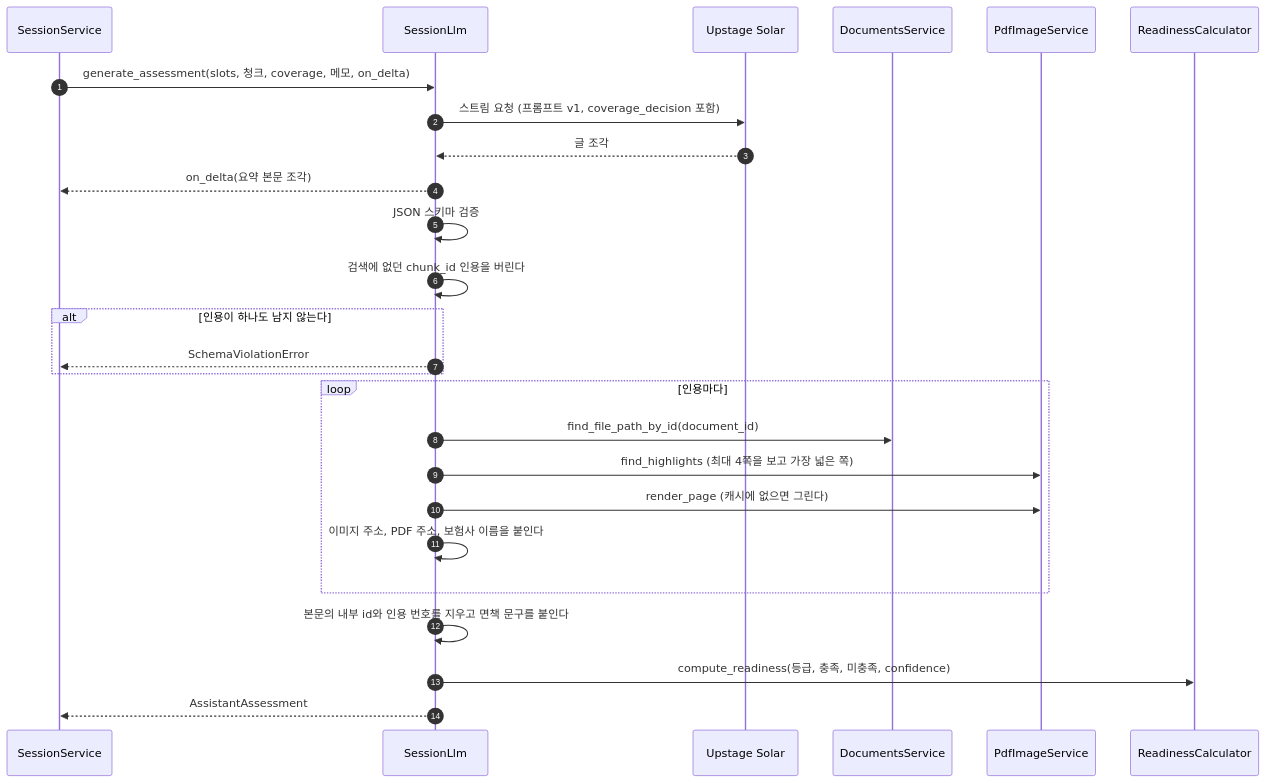
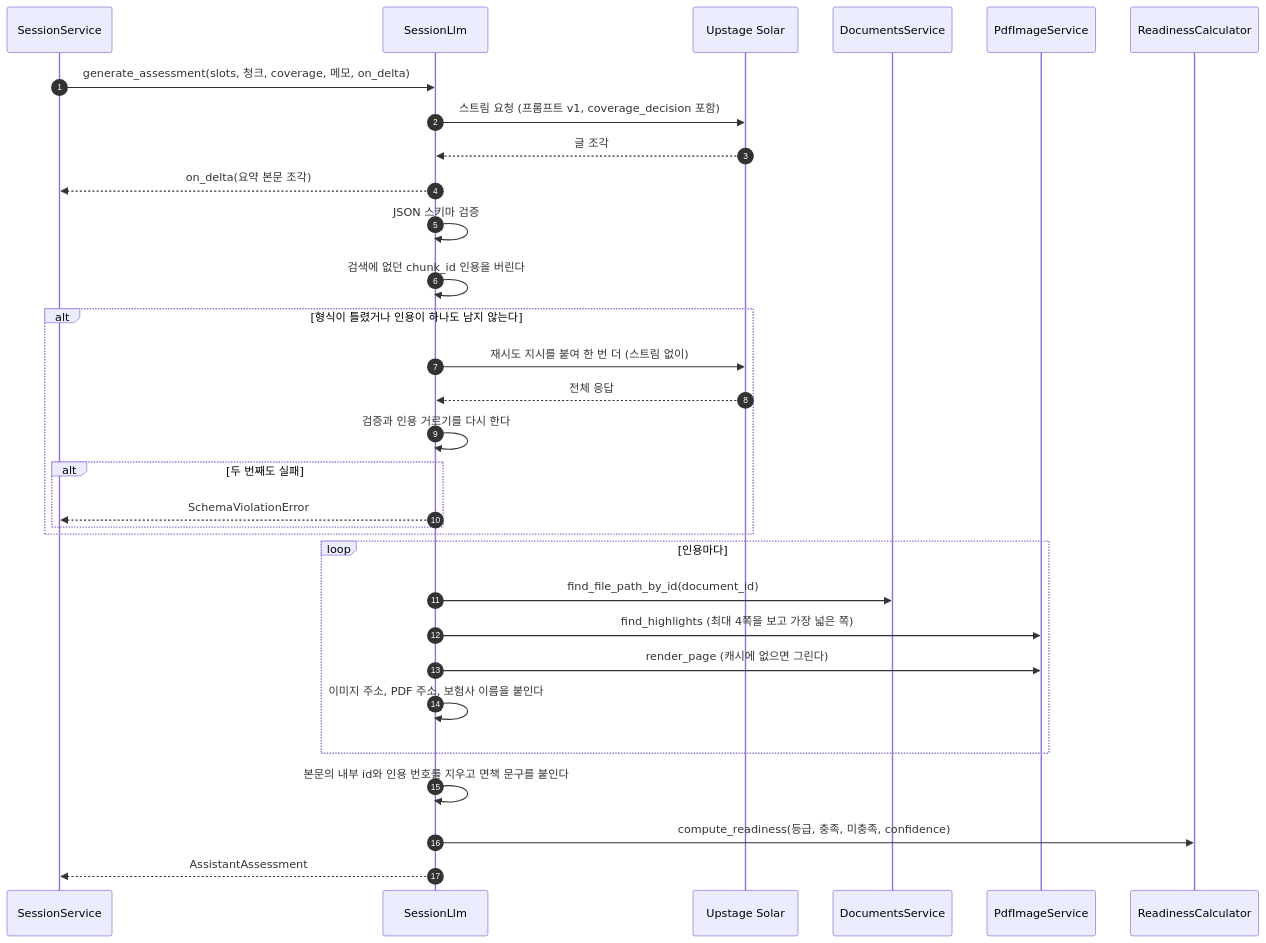
One commit to HoyoungParkme/Insurance-Helper changed diagram 14 of 15 in docs/specs/09-SEQ/INS-SEQ-002.md. Above: the diagram before and after it, drawn with Mermaid. The commit also changed other lines of this file, not shown here.

````diff
--- a/docs/specs/09-SEQ/INS-SEQ-002.md
+++ b/docs/specs/09-SEQ/INS-SEQ-002.md
@@ -584,28 +587,33 @@
 ```mermaid
 sequenceDiagram
     autonumber
     participant SS as SessionService
     participant SL as SessionLlm
     participant UP as Upstage Solar
     participant DS as DocumentsService
     participant PI as PdfImageService
     participant RC as ReadinessCalculator
     SS->>SL: generate_assessment(slots, 청크, coverage, 메모, on_delta)
     SL->>UP: 스트림 요청 (프롬프트 v1, coverage_decision 포함)
     UP-->>SL: 글 조각
     SL-->>SS: on_delta(요약 본문 조각)
     SL->>SL: JSON 스키마 검증
     SL->>SL: 검색에 없던 chunk_id 인용을 버린다
-    alt 인용이 하나도 남지 않는다
-        SL-->>SS: SchemaViolationError
+    alt 형식이 틀렸거나 인용이 하나도 남지 않는다
+        SL->>UP: 재시도 지시를 붙여 한 번 더 (스트림 없이)
+        UP-->>SL: 전체 응답
+        SL->>SL: 검증과 인용 거르기를 다시 한다
+        alt 두 번째도 실패
+            SL-->>SS: SchemaViolationError
+        end
     end
     loop 인용마다
         SL->>DS: find_file_path_by_id(document_id)
         SL->>PI: find_highlights (최대 4쪽을 보고 가장 넓은 쪽)
         SL->>PI: render_page (캐시에 없으면 그린다)
         SL->>SL: 이미지 주소, PDF 주소, 보험사 이름을 붙인다
     end
     SL->>SL: 본문의 내부 id와 인용 번호를 지우고 면책 문구를 붙인다
     SL->>RC: compute_readiness(등급, 충족, 미충족, confidence)
     SL-->>SS: AssistantAssessment
 ```
````
